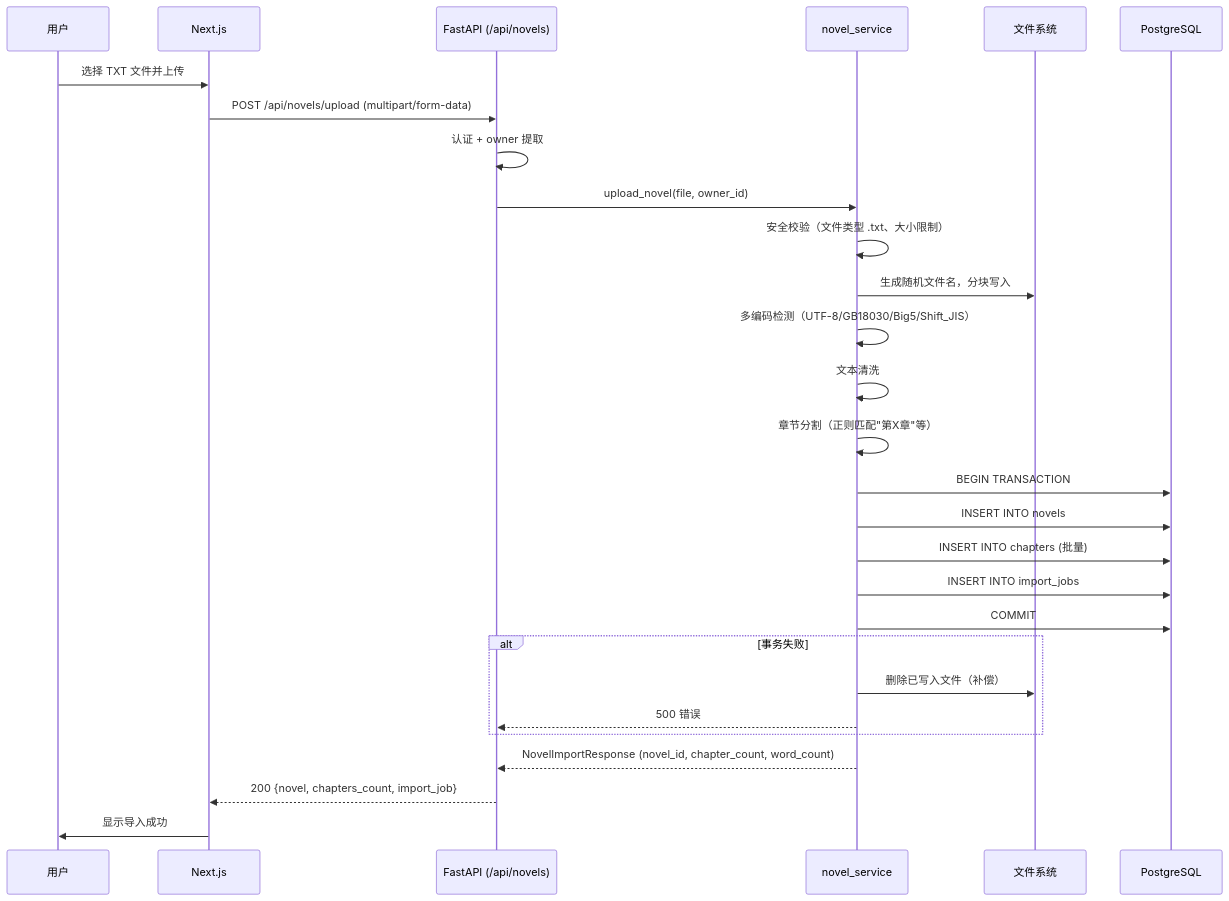
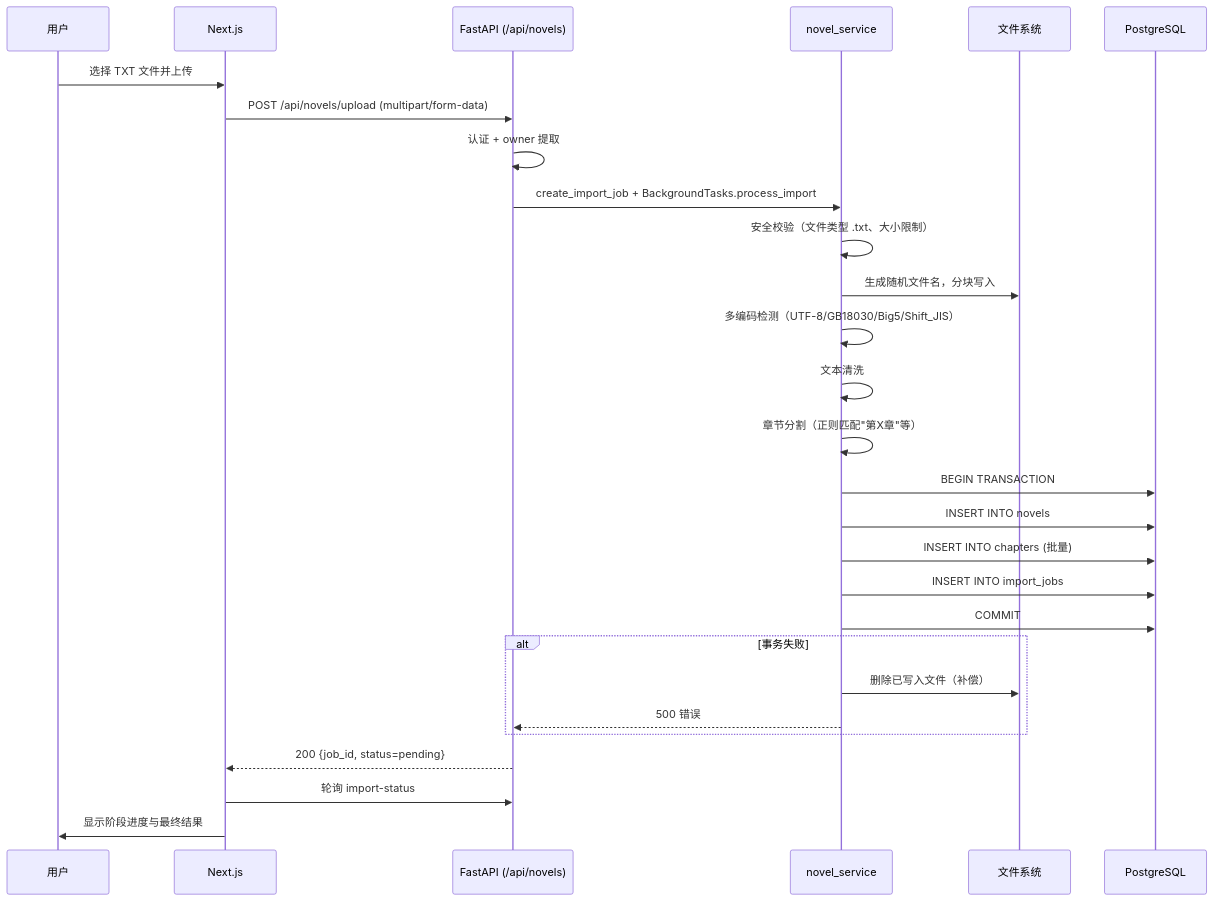
The third of 6 diagrams in docs/architecture/04-request-flow.md (adlink8/novel-mind), drawn with Mermaid before and after one commit. The commit also changed other lines of this file and 66 other files, not shown here.

````diff
--- a/docs/architecture/04-request-flow.md
+++ b/docs/architecture/04-request-flow.md
@@ -72,34 +72,34 @@
 ```mermaid
 sequenceDiagram
     participant U as 用户
     participant F as Next.js
     participant B as FastAPI (/api/novels)
     participant S as novel_service
     participant FS as 文件系统
     participant DB as PostgreSQL
 
     U->>F: 选择 TXT 文件并上传
     F->>B: POST /api/novels/upload (multipart/form-data)
     B->>B: 认证 + owner 提取
-    B->>S: upload_novel(file, owner_id)
+    B->>S: create_import_job + BackgroundTasks.process_import
 
     S->>S: 安全校验（文件类型 .txt、大小限制）
     S->>FS: 生成随机文件名，分块写入
     S->>S: 多编码检测（UTF-8/GB18030/Big5/Shift_JIS）
     S->>S: 文本清洗
     S->>S: 章节分割（正则匹配"第X章"等）
     S->>DB: BEGIN TRANSACTION
     S->>DB: INSERT INTO novels
     S->>DB: INSERT INTO chapters (批量)
     S->>DB: INSERT INTO import_jobs
     S->>DB: COMMIT
 
     alt 事务失败
         S->>FS: 删除已写入文件（补偿）
         S-->>B: 500 错误
     end
 
-    S-->>B: NovelImportResponse (novel_id, chapter_count, word_count)
-    B-->>F: 200 {novel, chapters_count, import_job}
-    F->>U: 显示导入成功
+    B-->>F: 200 {job_id, status=pending}
+    F->>B: 轮询 import-status
+    F->>U: 显示阶段进度与最终结果
 ```
````
